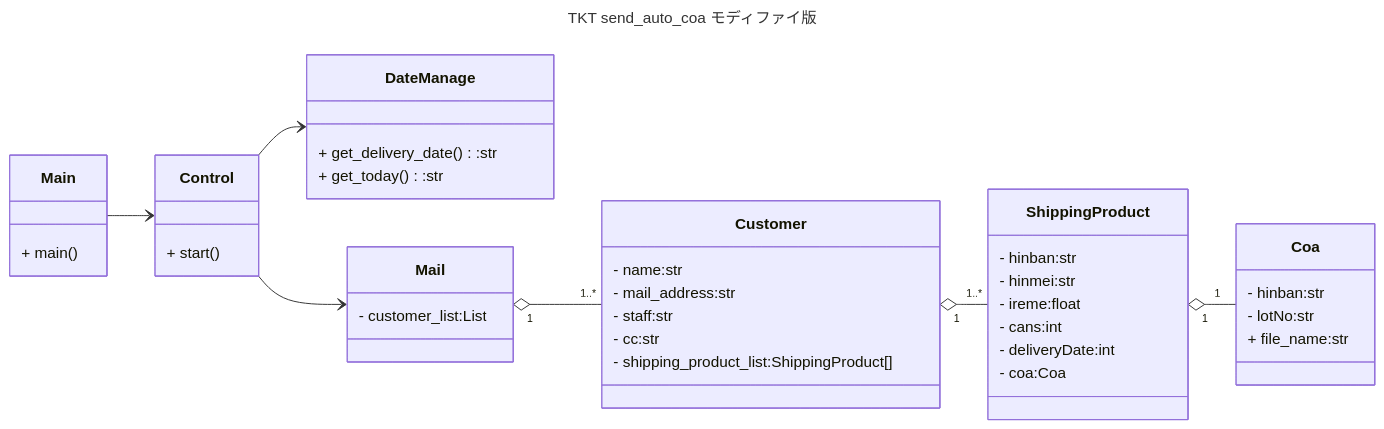
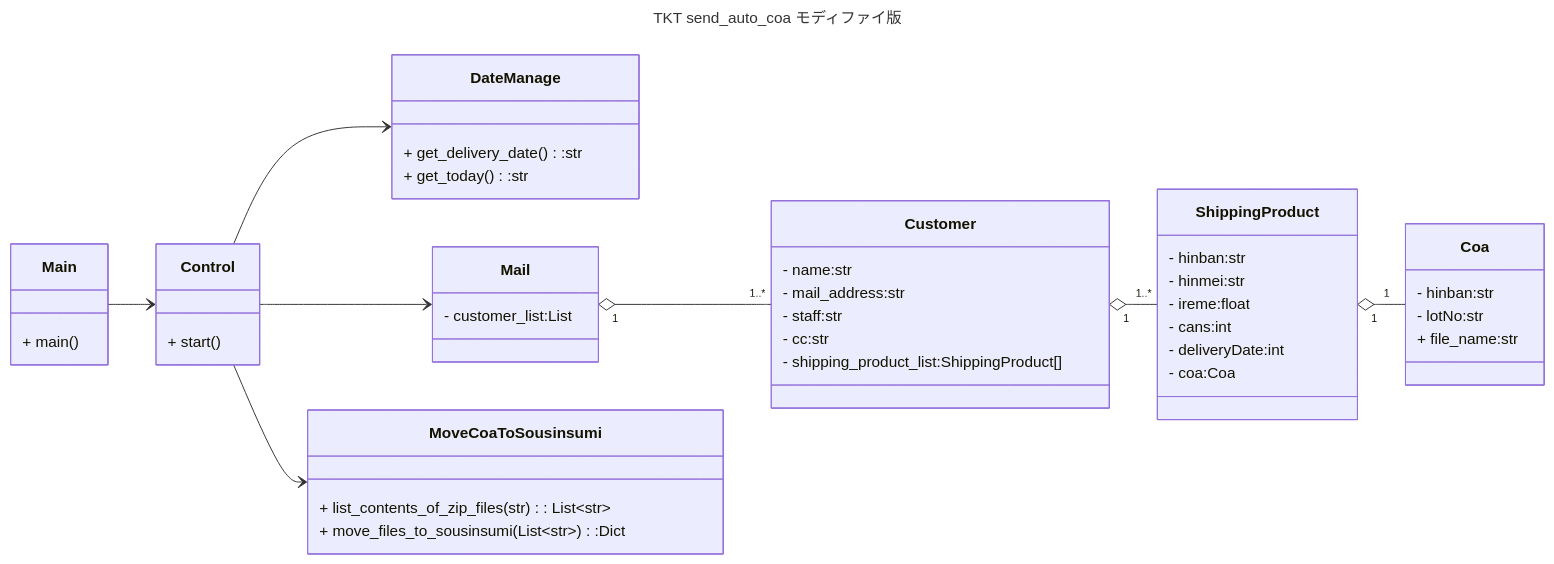
One commit to ogashira/send_auto_coa changed the third of 3 diagrams in send_auto_coa.md. Above: the diagram before and after it, drawn with Mermaid. The commit also changed other lines of this file and 4 other files, not shown here.

````diff
--- a/send_auto_coa.md
+++ b/send_auto_coa.md
@@ -234,47 +235,52 @@
 ```mermaid
 ---
 title: TKT send_auto_coa モディファイ版
 ---
 classDiagram
 direction LR
 
 class Main{
     + main()
 }
 class Control{
     + start()
 }
 class DateManage{
     + get_delivery_date():str
     + get_today():str
 }
 class Mail{
     - customer_list:List<Customer>
 }
 class Customer{
     - name:str
     - mail_address:str
     - staff:str
     - cc:str
     - shipping_product_list:ShippingProduct[]
 }
 class ShippingProduct{
     - hinban:str
     - hinmei:str
     - ireme:float
     - cans:int
     - deliveryDate:int
     - coa:Coa
 }
 class Coa{
     - hinban:str
     - lotNo:str
     + file_name:str
 }
+class MoveCoaToSousinsumi{
+    + list_contents_of_zip_files(str): List~str~
+    + move_files_to_sousinsumi(List~str~):Dict
+}
 Main --> Control
 Control --> DateManage
 Control --> Mail
+Control --> MoveCoaToSousinsumi
 Mail "1" o-- "1..*" Customer
 Customer "1" o-- "1..*" ShippingProduct
 ShippingProduct "1" o-- "1" Coa
 ```
````
